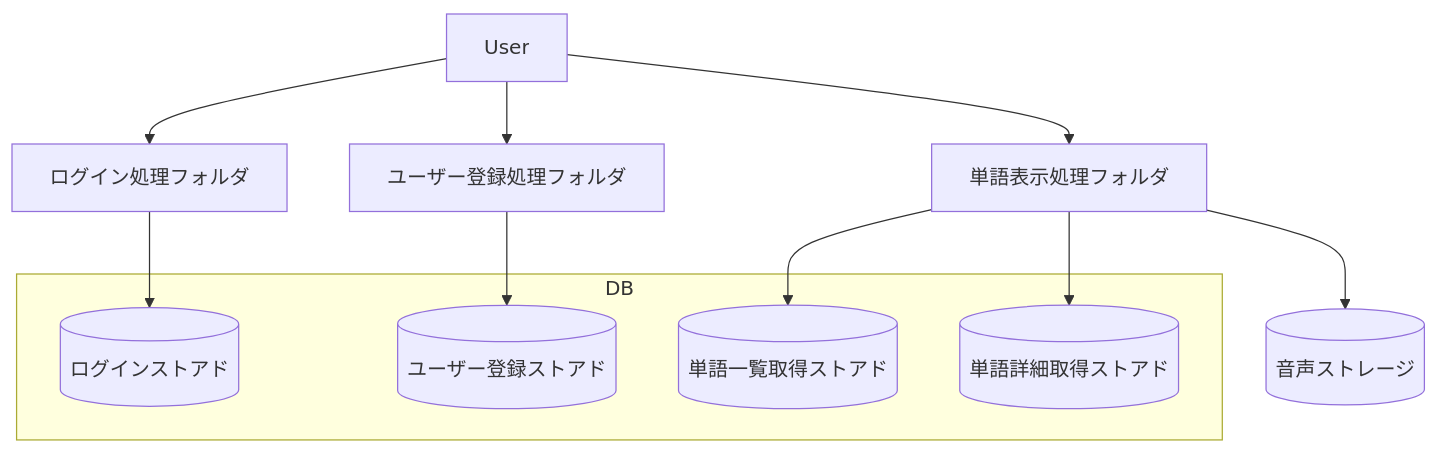
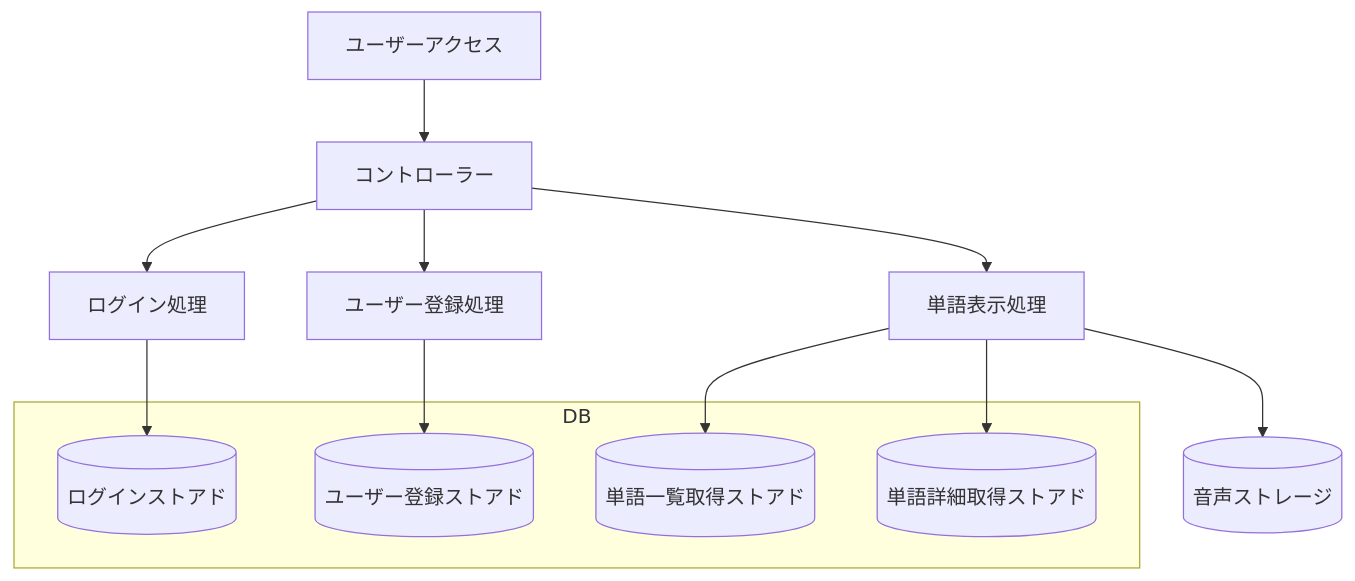
The first of 2 diagrams in 外部設計/外部設計.md (Keito654/anki-kun), drawn with Mermaid before and after one commit.

Commit message:
Update 外部設計.md
構造図の変更

````diff
--- a/外部設計/外部設計.md
+++ b/外部設計/外部設計.md
@@ -7,17 +7,18 @@
 ```mermaid
 graph TB
-  User-->login[ログイン処理フォルダ]
-  User-->join[ユーザー登録処理フォルダ]
-  User-->word[単語表示処理フォルダ]
+  User[ユーザーアクセス]-->Controller[コントローラー]
+  Controller-->login[ログイン処理]
+  Controller-->join[ユーザー登録処理]
+  Controller-->word[単語表示処理]
   login-->loginS[(ログインストアド)]
   join-->joinS[(ユーザー登録ストアド)]
   word-->wordListS[(単語一覧取得ストアド)]
   word-->wordDetailS[(単語詳細取得ストアド)]
   word-->storage[(音声ストレージ)]
   subgraph DB
   loginS
   joinS
   wordListS
   wordDetailS
   end
 ```
````
